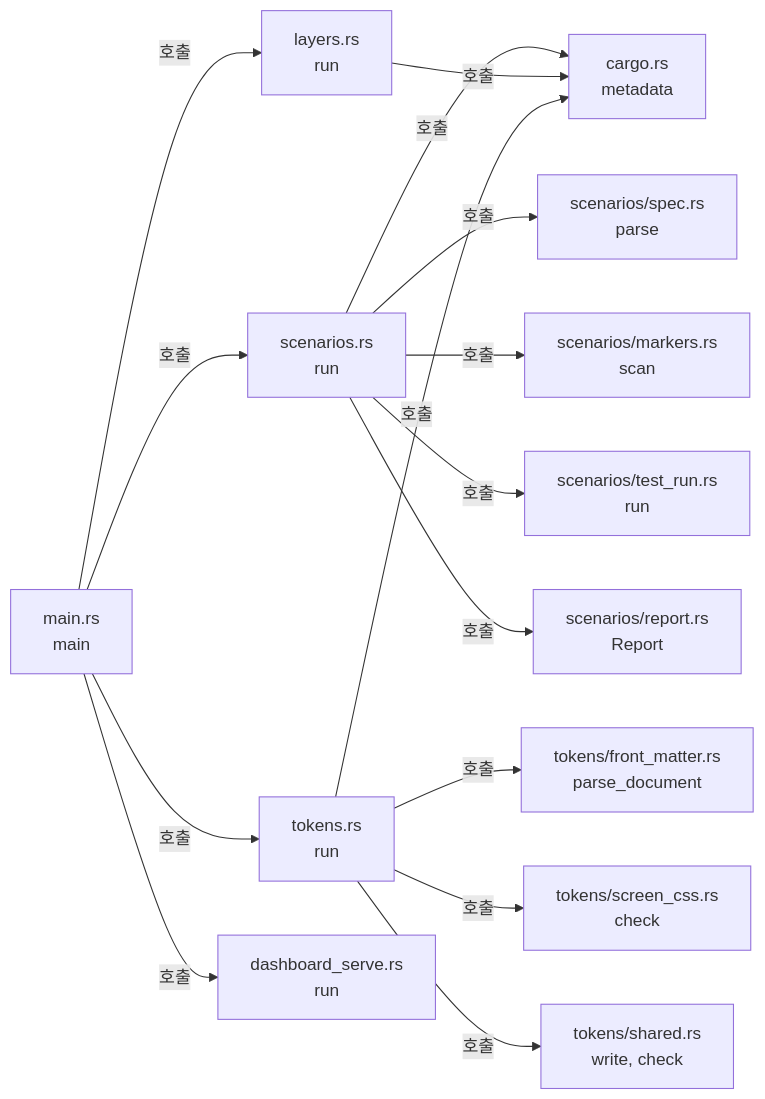
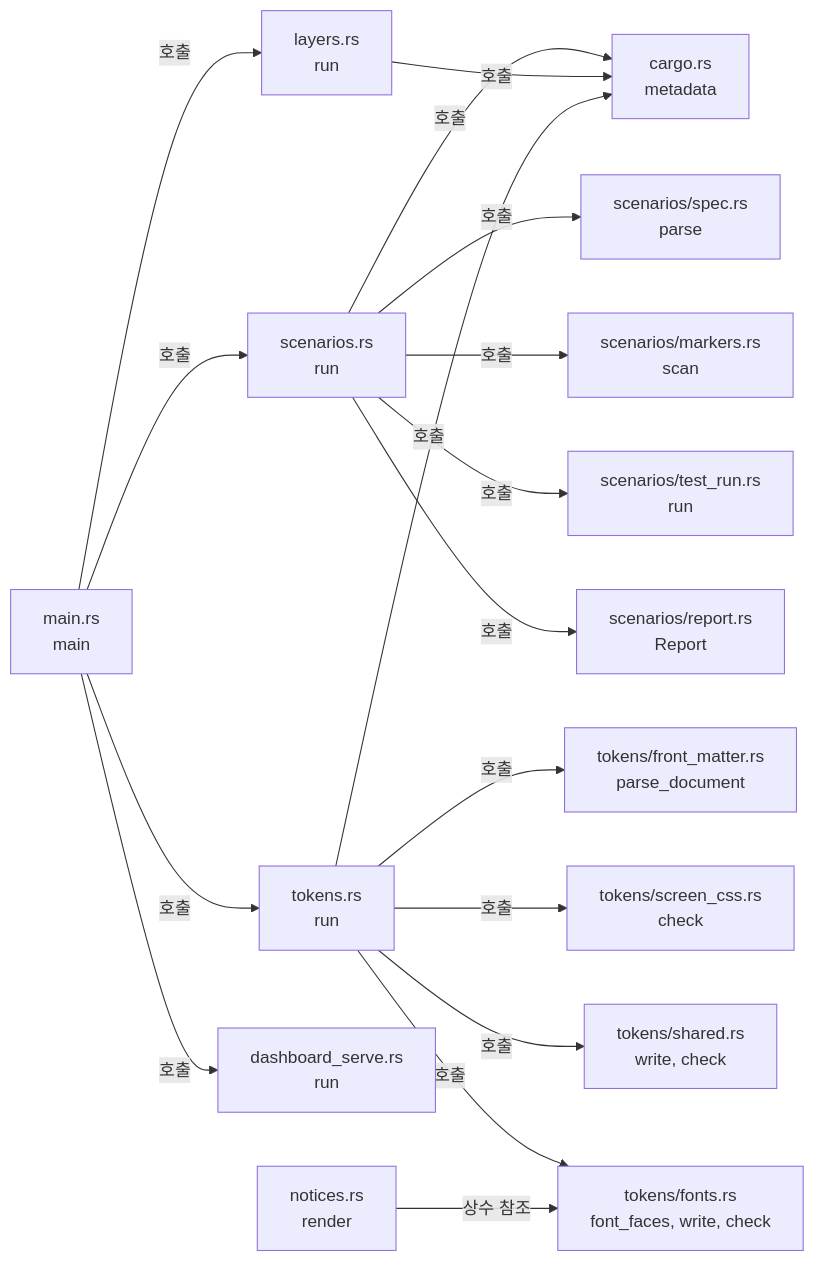
One commit to kayden-kim/vnc-relay changed the diagram in docs/architectures/xtask.md. Above: the diagram before and after it, drawn with Mermaid. The commit also changed other lines of this file and 32 other files, not shown here.

````diff
--- a/docs/architectures/xtask.md
+++ b/docs/architectures/xtask.md
@@ -36,17 +36,19 @@
 ```mermaid
 flowchart LR
     MAIN["main.rs<br/>main"] -->|"호출"| SCN["scenarios.rs<br/>run"]
     MAIN -->|"호출"| LAY["layers.rs<br/>run"]
     SCN -->|"호출"| META["cargo.rs<br/>metadata"]
     LAY -->|"호출"| META
     SCN -->|"호출"| SPEC["scenarios/spec.rs<br/>parse"]
     SCN -->|"호출"| MARK["scenarios/markers.rs<br/>scan"]
     SCN -->|"호출"| RUN["scenarios/test_run.rs<br/>run"]
     SCN -->|"호출"| REP["scenarios/report.rs<br/>Report"]
     MAIN -->|"호출"| TOK["tokens.rs<br/>run"]
     MAIN -->|"호출"| DSV["dashboard_serve.rs<br/>run"]
     TOK -->|"호출"| META
     TOK -->|"호출"| TFM["tokens/front_matter.rs<br/>parse_document"]
     TOK -->|"호출"| TSC["tokens/screen_css.rs<br/>check"]
     TOK -->|"호출"| TSH["tokens/shared.rs<br/>write, check"]
+    TOK -->|"호출"| TFO["tokens/fonts.rs<br/>font_faces, write, check"]
+    NOT["notices.rs<br/>render"] -->|"상수 참조"| TFO
 ```
````
